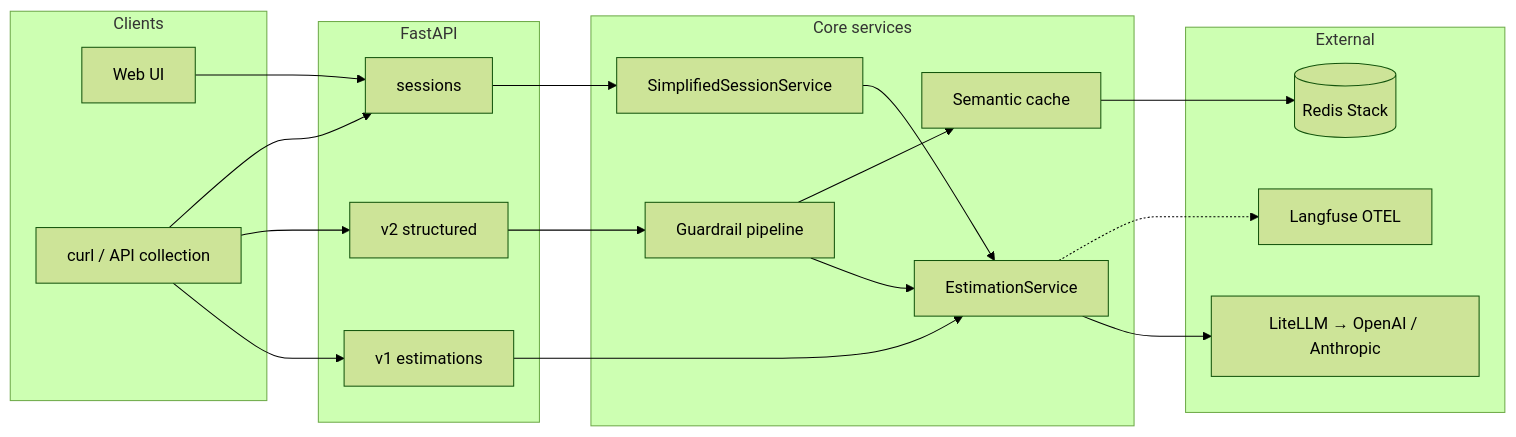
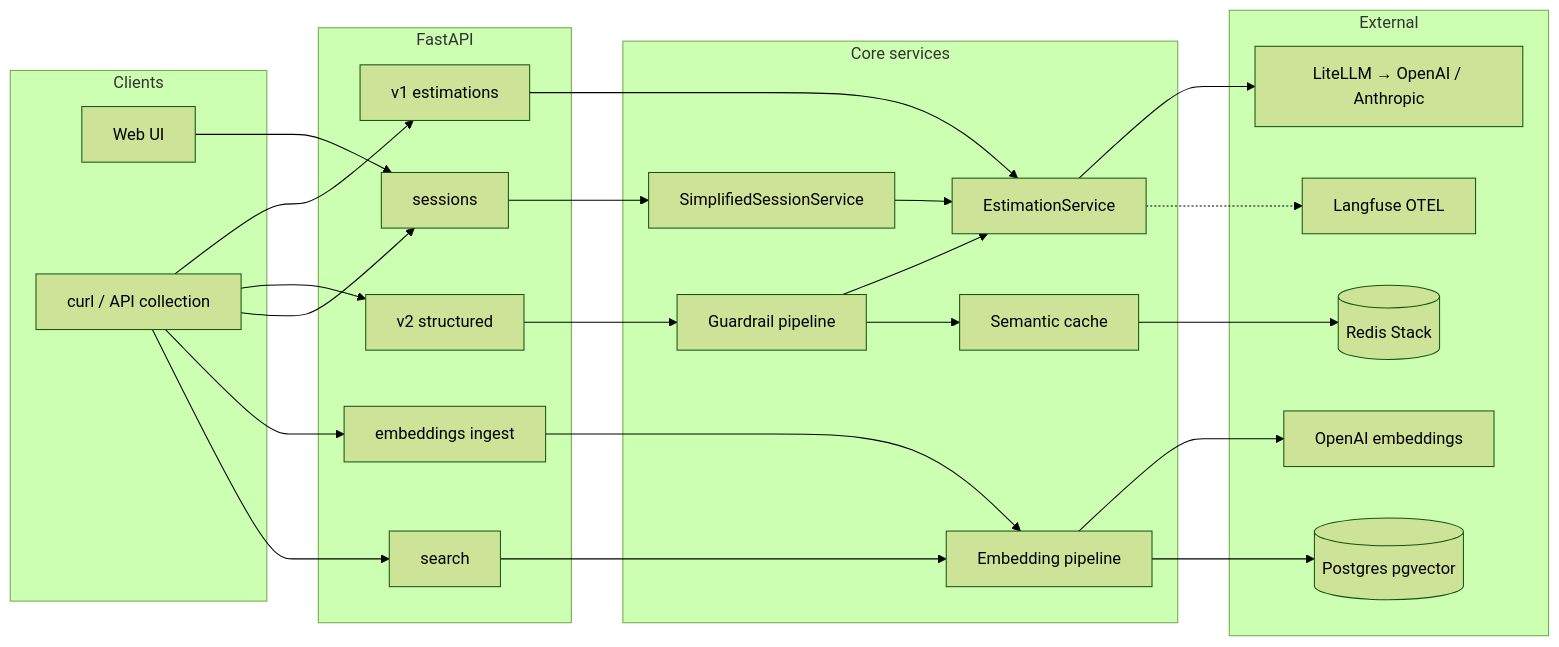
Before and after one commit to povedica/master-ia-lidr: the diagram in README.md, drawn with Mermaid (forest theme). The commit also changed other lines of this file and 4 other files, not shown here.

````diff
--- a/README.md
+++ b/README.md
@@ -157,36 +157,45 @@
 ```mermaid
 flowchart LR
     subgraph clients [Clients]
         Web[Web UI]
         Curl[curl / API collection]
     end
 
     subgraph api [FastAPI]
         R1[v1 estimations]
         R2[v2 structured]
         RS[sessions]
+        EMB[embeddings ingest]
+        SR[search]
     end
 
     subgraph core [Core services]
         ES[EstimationService]
         SS[SimplifiedSessionService]
         GP[Guardrail pipeline]
         SC[Semantic cache]
+        EP[Embedding pipeline]
     end
 
     subgraph external [External]
         LLM[LiteLLM → OpenAI / Anthropic]
+        EMBAPI[OpenAI embeddings]
         Redis[(Redis Stack)]
+        PG[(Postgres pgvector)]
         LF[Langfuse OTEL]
     end
 
     Web --> RS
-    Curl --> R1 & R2 & RS
+    Curl --> R1 & R2 & RS & EMB & SR
     R1 --> ES
     R2 --> GP --> ES
     RS --> SS --> ES
     GP --> SC
     SC --> Redis
     ES --> LLM
     ES -.-> LF
+    EMB --> EP
+    SR --> EP
+    EP --> EMBAPI
+    EP --> PG
 ```
````
